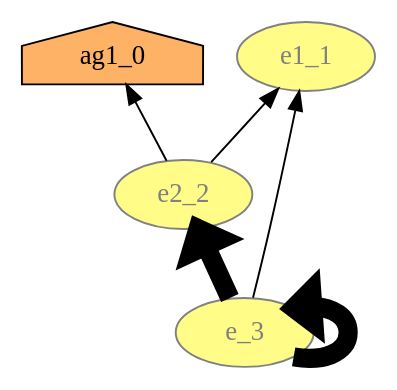
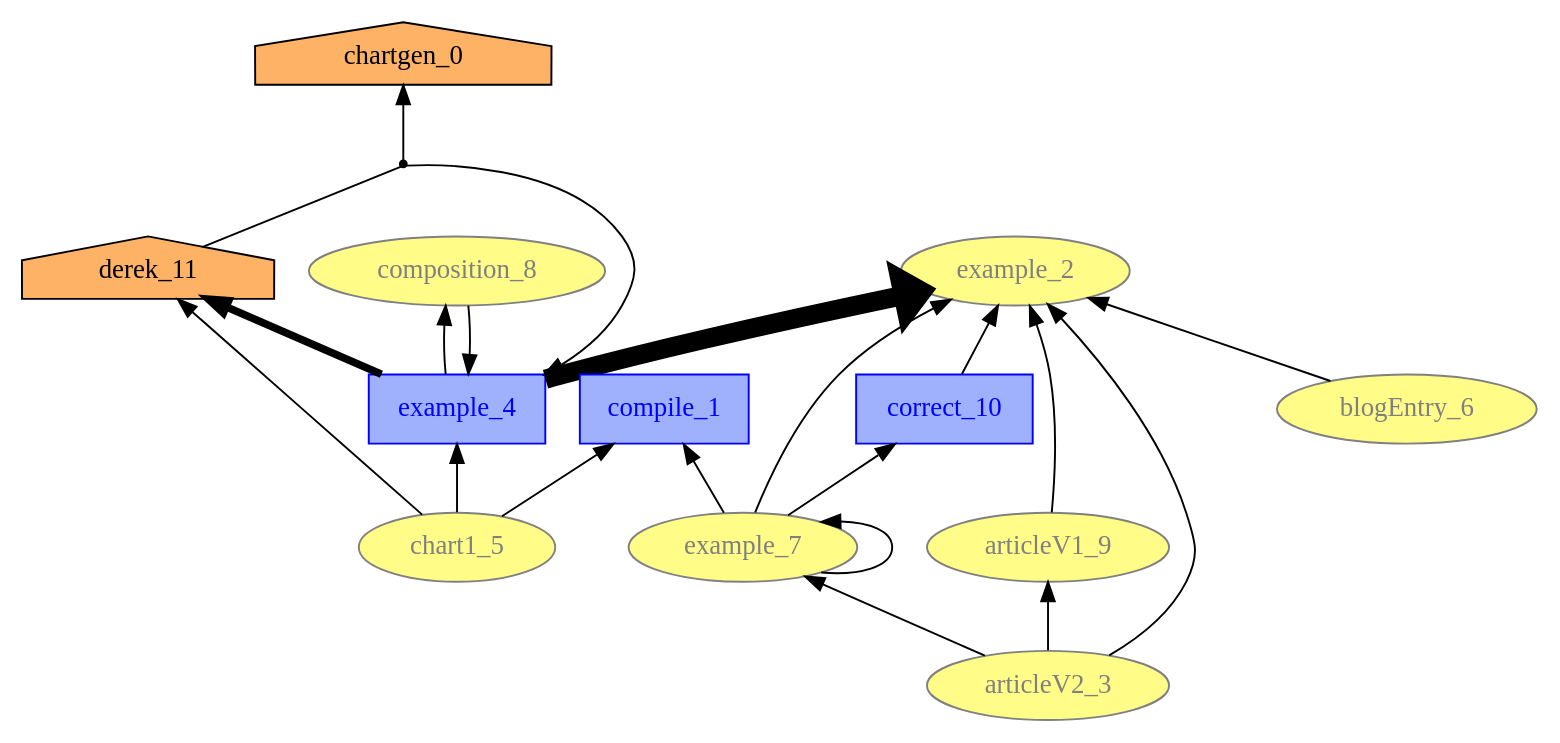
One commit to lucmoreau/ProvToolbox changed the diagram in modules-summarisation/service-summary/tmp.dot. Above: the diagram before and after it, drawn with Graphviz. The commit also changed 35 other files, not shown here.

```diff
--- a/modules-summarisation/service-summary/tmp.dot
+++ b/modules-summarisation/service-summary/tmp.dot
@@ -1,53 +1,177 @@
 digraph "PROV" { size="16,12"; rankdir="BT";
-0 -> 0	[ color="#000000",
-	  penwidth="10.0"]
+10	[ side="4",
+	  fontcolor="#0000FF",
+	  style="filled",
+	  URL="T4",
+	  label="example_4",
+	  color="#0000FF",
+	  fillcolor="#9FB1FC",
+	  tooltip="T4",
+	  shape="polygon",
+	  width="1.0"]
+8 -> 1	[ color="#000000",
+	  penwidth="1.0"]
 
-3	[ fontcolor="#000000",
+11 -> bn2	[ arrowhead="none",
+	  color="#000000",
+	  penwidth="1.0"]
+
+0 -> 3	[ color="#000000",
+	  penwidth="1.0"]
+
+7	[ fontcolor="#808080",
+	  style="filled",
+	  URL="T6",
+	  label="blogEntry_6",
+	  color="#808080",
+	  fillcolor="#FFFC87",
+	  tooltip="T6",
+	  shape="ellipse",
+	  width="1.0"]
+4 -> 11	[ color="#000000",
+	  penwidth="1.0"]
+
+5	[ fontcolor="#000000",
 	  style="filled",
 	  URL="T0",
-	  label="ag1_0",
+	  label="chartgen_0",
 	  color="#000000",
 	  fillcolor="#FDB266",
 	  tooltip="T0",
 	  shape="house",
 	  width="1.0"]
+8	[ side="4",
+	  fontcolor="#0000FF",
+	  style="filled",
+	  URL="T10",
+	  label="correct_10",
+	  color="#0000FF",
+	  fillcolor="#9FB1FC",
+	  tooltip="T10",
+	  shape="polygon",
+	  width="1.0"]
+6	[ fontcolor="#808080",
+	  style="filled",
+	  URL="T9",
+	  label="articleV1_9",
+	  color="#808080",
+	  fillcolor="#FFFC87",
+	  tooltip="T9",
+	  shape="ellipse",
+	  width="1.0"]
+4 -> 10	[ color="#000000",
+	  penwidth="1.0"]
+
 0	[ fontcolor="#808080",
 	  style="filled",
+	  URL="T7",
+	  label="example_7",
+	  color="#808080",
+	  fillcolor="#FFFC87",
+	  tooltip="T7",
+	  shape="ellipse",
+	  width="1.0"]
+7 -> 1	[ color="#000000",
+	  penwidth="1.0"]
+
+4	[ fontcolor="#808080",
+	  style="filled",
+	  URL="T5",
+	  label="chart1_5",
+	  color="#808080",
+	  fillcolor="#FFFC87",
+	  tooltip="T5",
+	  shape="ellipse",
+	  width="1.0"]
+10 -> 11	[ color="#000000",
+	  penwidth="4.0"]
+
+0 -> 0	[ color="#000000",
+	  penwidth="1.0"]
+
+10 -> 1	[ color="#000000",
+	  penwidth="10.0"]
+
+2	[ fontcolor="#808080",
+	  style="filled",
+	  URL="T8",
+	  label="composition_8",
+	  color="#808080",
+	  fillcolor="#FFFC87",
+	  tooltip="T8",
+	  shape="ellipse",
+	  width="1.0"]
+4 -> 3	[ color="#000000",
+	  penwidth="1.0"]
+
+0 -> 1	[ color="#000000",
+	  penwidth="1.0"]
+
+bn2 -> 10	[ color="#000000",
+	  penwidth="1.0"]
+
+bn2 -> 5	[ color="#000000",
+	  penwidth="1.0"]
+
+9	[ fontcolor="#808080",
+	  style="filled",
 	  URL="T3",
-	  label="e_3",
+	  label="articleV2_3",
 	  color="#808080",
 	  fillcolor="#FFFC87",
 	  tooltip="T3",
 	  shape="ellipse",
 	  width="1.0"]
-1 -> 3	[ color="#000000",
+2 -> 10	[ color="#000000",
 	  penwidth="1.0"]
 
-0 -> 2	[ color="#000000",
+9 -> 0	[ color="#000000",
 	  penwidth="1.0"]
 
-2	[ fontcolor="#808080",
+11	[ fontcolor="#000000",
 	  style="filled",
-	  URL="T1",
-	  label="e1_1",
-	  color="#808080",
-	  fillcolor="#FFFC87",
-	  tooltip="T1",
-	  shape="ellipse",
+	  URL="T11",
+	  label="derek_11",
+	  color="#000000",
+	  fillcolor="#FDB266",
+	  tooltip="T11",
+	  shape="house",
 	  width="1.0"]
-0 -> 1	[ color="#000000",
-	  penwidth="10.0"]
+0 -> 8	[ color="#000000",
+	  penwidth="1.0"]
 
+bn2	[ label="",
+	  shape="point",
+	  color="#000000"]
 1	[ fontcolor="#808080",
 	  style="filled",
 	  URL="T2",
-	  label="e2_2",
+	  label="example_2",
 	  color="#808080",
 	  fillcolor="#FFFC87",
 	  tooltip="T2",
 	  shape="ellipse",
 	  width="1.0"]
-1 -> 2	[ color="#000000",
+9 -> 1	[ color="#000000",
 	  penwidth="1.0"]
 
+10 -> 2	[ color="#000000",
+	  penwidth="1.0"]
+
+9 -> 6	[ color="#000000",
+	  penwidth="1.0"]
+
+6 -> 1	[ color="#000000",
+	  penwidth="1.0"]
+
+3	[ side="4",
+	  fontcolor="#0000FF",
+	  style="filled",
+	  URL="T1",
+	  label="compile_1",
+	  color="#0000FF",
+	  fillcolor="#9FB1FC",
+	  tooltip="T1",
+	  shape="polygon",
+	  width="1.0"]
 }
```
